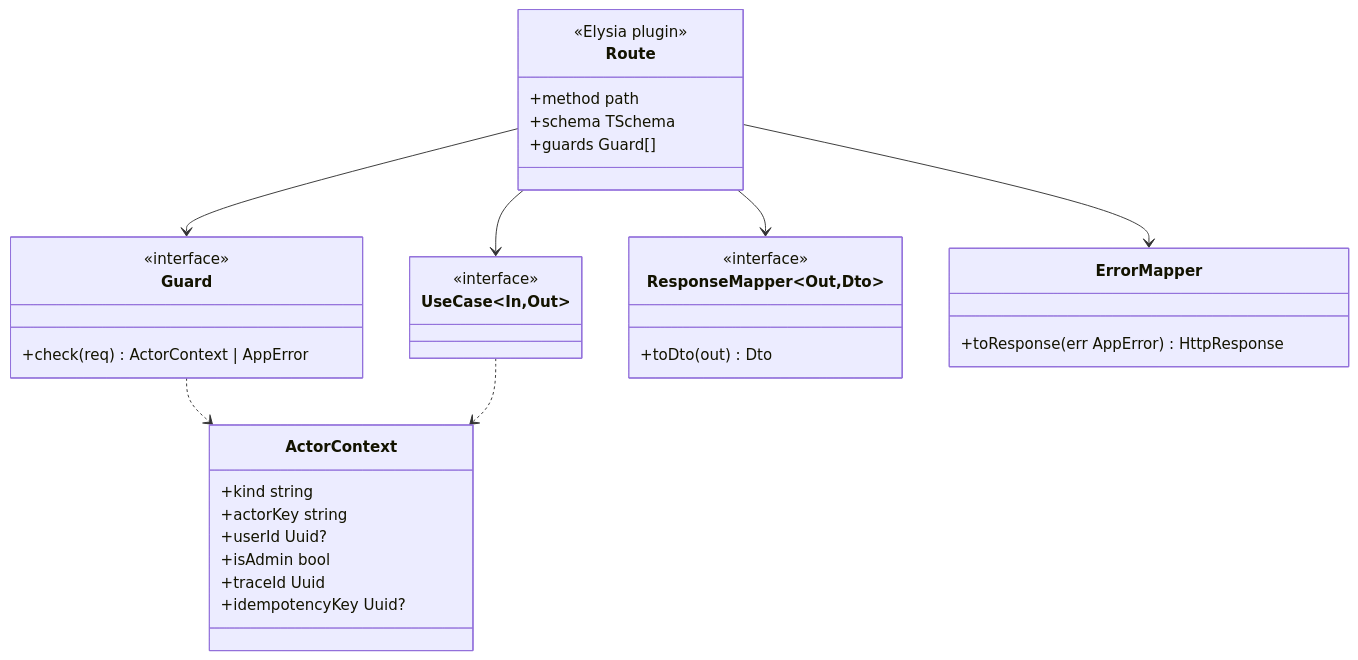
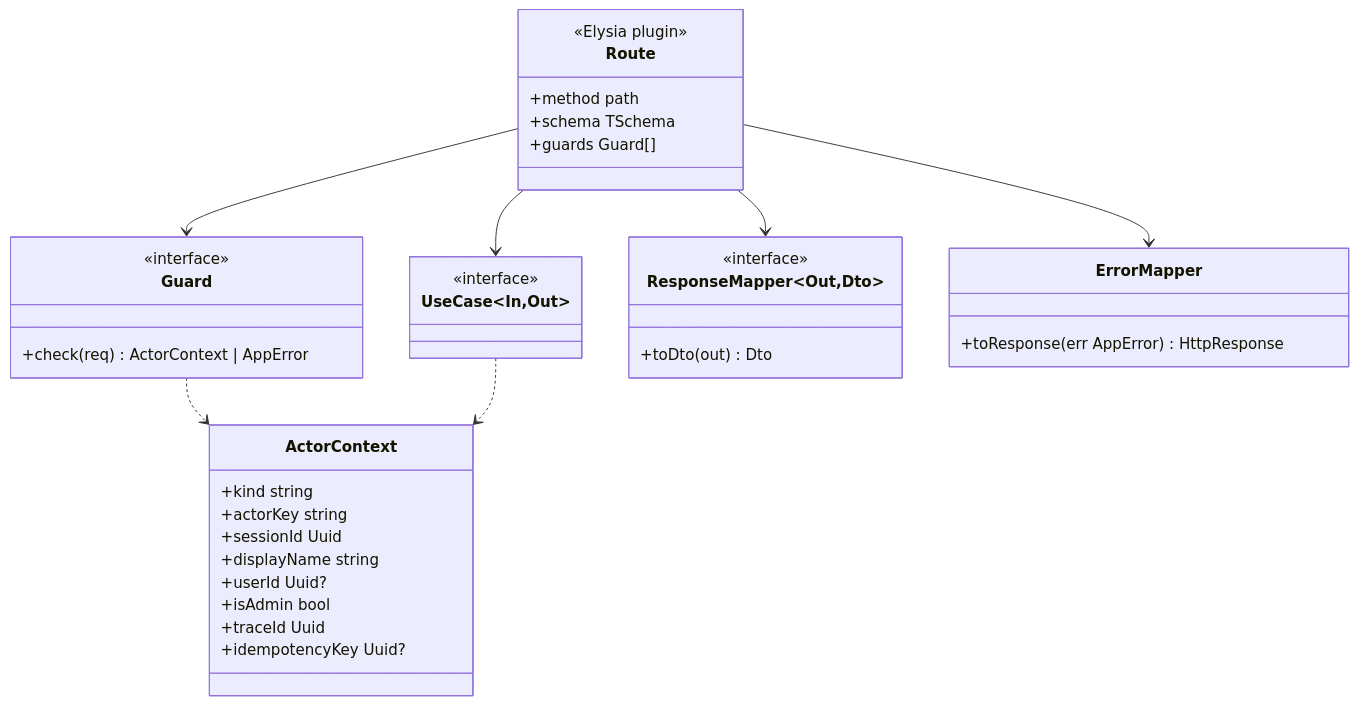
The fifth of 6 diagrams in docs/design/03-api-contract.md (1985jwlee/portpolio_backend), drawn with Mermaid before and after one commit. The commit also changed other lines of this file and 25 other files, not shown here.

````diff
--- a/docs/design/03-api-contract.md
+++ b/docs/design/03-api-contract.md
@@ -211,37 +235,39 @@
 ```mermaid
 classDiagram
     class Route {
         <<Elysia plugin>>
         +method path
         +schema TSchema
         +guards Guard[]
     }
     class Guard {
         <<interface>>
         +check(req) ActorContext | AppError
     }
     class UseCase~In,Out~ {
         <<interface>>
     }
     class ResponseMapper~Out,Dto~ {
         <<interface>>
         +toDto(out) Dto
     }
     class ErrorMapper {
         +toResponse(err AppError) HttpResponse
     }
     class ActorContext {
         +kind string
         +actorKey string
+        +sessionId Uuid
+        +displayName string
         +userId Uuid?
         +isAdmin bool
         +traceId Uuid
         +idempotencyKey Uuid?
     }
     Route --> Guard
     Route --> UseCase
     Route --> ResponseMapper
     Route --> ErrorMapper
     Guard ..> ActorContext
     UseCase ..> ActorContext
 ```
````
